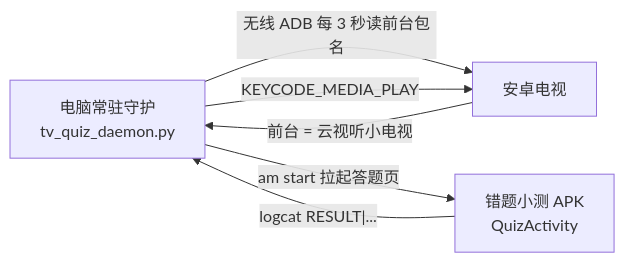
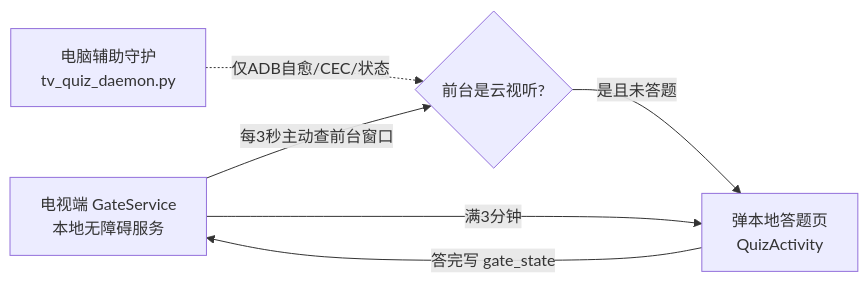
The diagram in README.md (wujian1974/tv-quiz), drawn with Mermaid before and after one commit. The commit also changed other lines of this file and 7 other files, not shown here.

First line of the commit message:
门禁改为电视端全管：新增 GateService 本地无障碍服务，根治开机断线期绕过

````diff
--- a/README.md
+++ b/README.md
@@ -13,8 +13,8 @@
 ```mermaid
 flowchart LR
-    A[电脑常驻守护<br/>tv_quiz_daemon.py] -- 无线 ADB 每 3 秒读前台包名 --> B[安卓电视]
-    B -- 前台 = 云视听小电视 --> A
-    A -- am start 拉起答题页 --> C[错题小测 APK<br/>QuizActivity]
-    C -- logcat RESULT|... --> A
-    A -- KEYCODE_MEDIA_PLAY --> B
+    G[电视端 GateService<br/>本地无障碍服务] -- 每3秒主动查前台窗口 --> T{前台是云视听?}
+    T -- 是且未答题 --> Q[弹本地答题页<br/>QuizActivity]
+    Q -- 答完写 gate_state --> G
+    G -- 满3分钟 --> Q
+    A[电脑辅助守护<br/>tv_quiz_daemon.py] -. 仅ADB自愈/CEC/状态 .-> T
 ```
````
